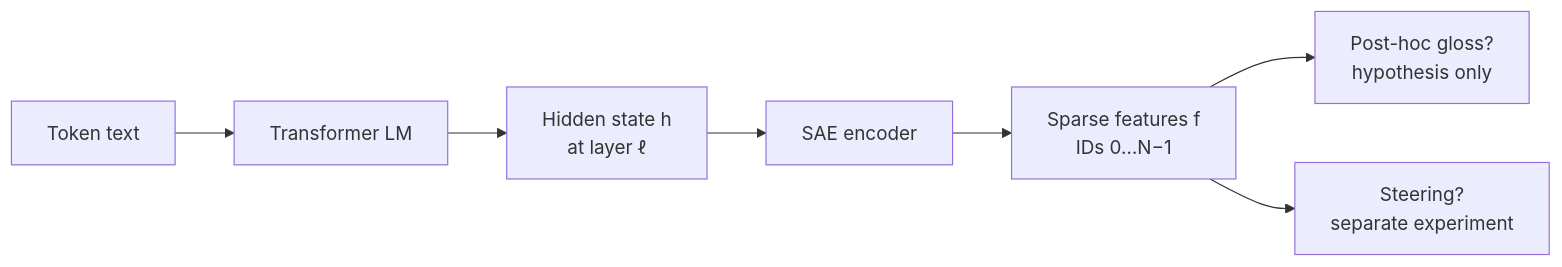
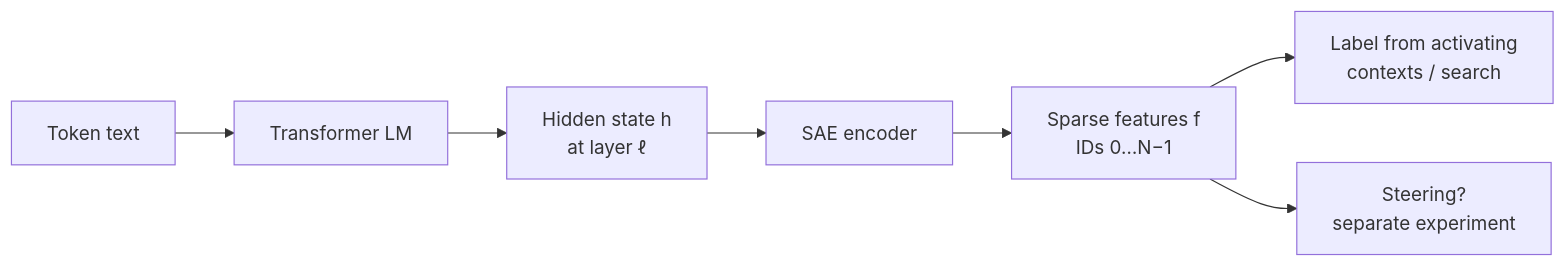
The second of 4 diagrams in technical_blog_posts/Feature_IDs_Are_Not_Explanations.md (tdj28/llm_selfref_pre), drawn with Mermaid before and after one commit. The commit also changed other lines of this file and 2 other files, not shown here.

First line of the commit message:
Commit the July revision of the feature-ID blog post

```diff
--- a/technical_blog_posts/Feature_IDs_Are_Not_Explanations.md
+++ b/technical_blog_posts/Feature_IDs_Are_Not_Explanations.md
@@ -128,9 +128,9 @@
 {{< mermaid >}}
 flowchart LR
   A["Token text"] --> B["Transformer LM"]
   B --> C["Hidden state h<br/>at layer ℓ"]
   C --> D["SAE encoder"]
   D --> E["Sparse features f<br/>IDs 0…N−1"]
-  E --> F["Post-hoc gloss?<br/>hypothesis only"]
+  E --> F["Label from activating<br/>contexts / search"]
   E --> G["Steering?<br/>separate experiment"]
 {{< /mermaid >}}
```
